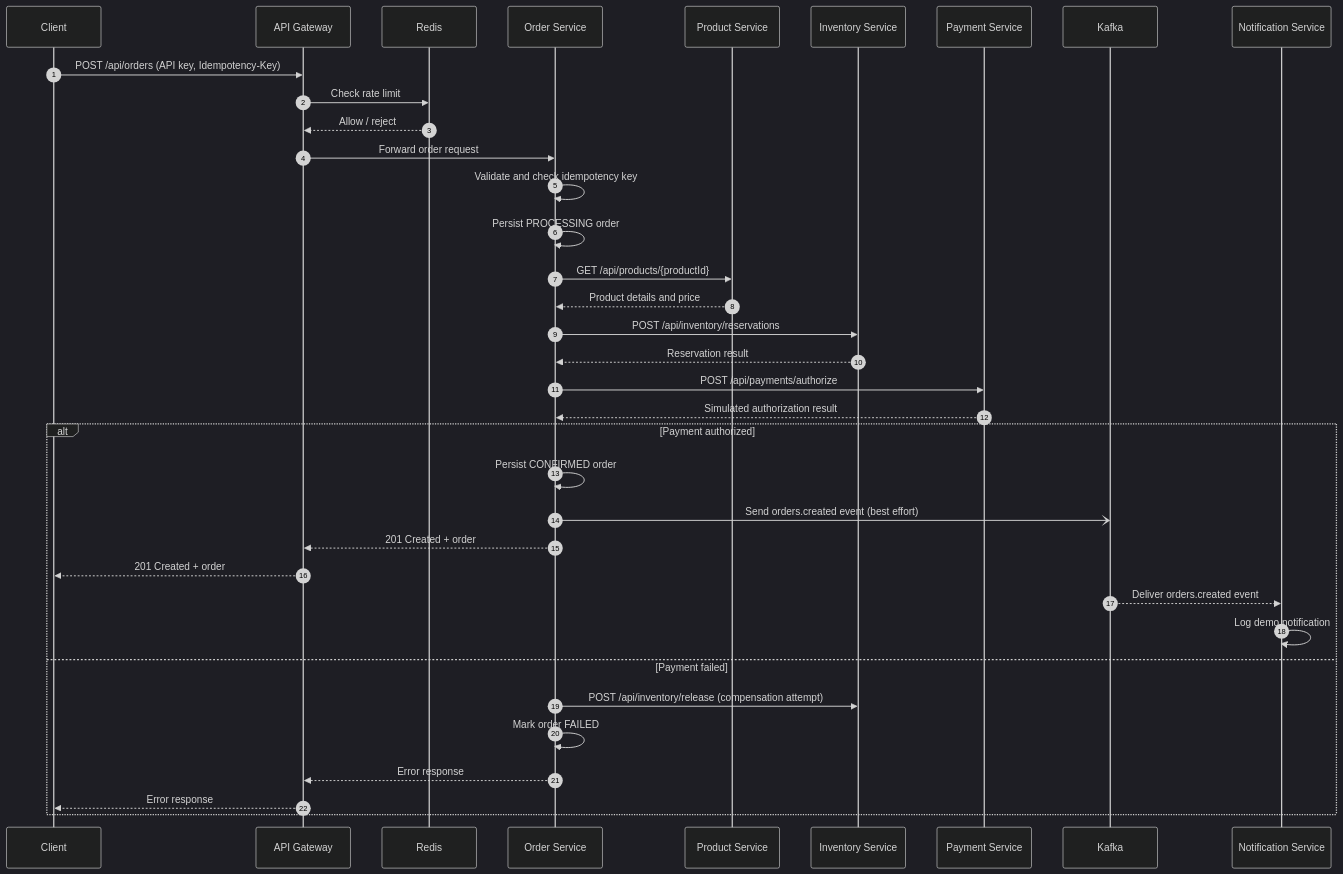
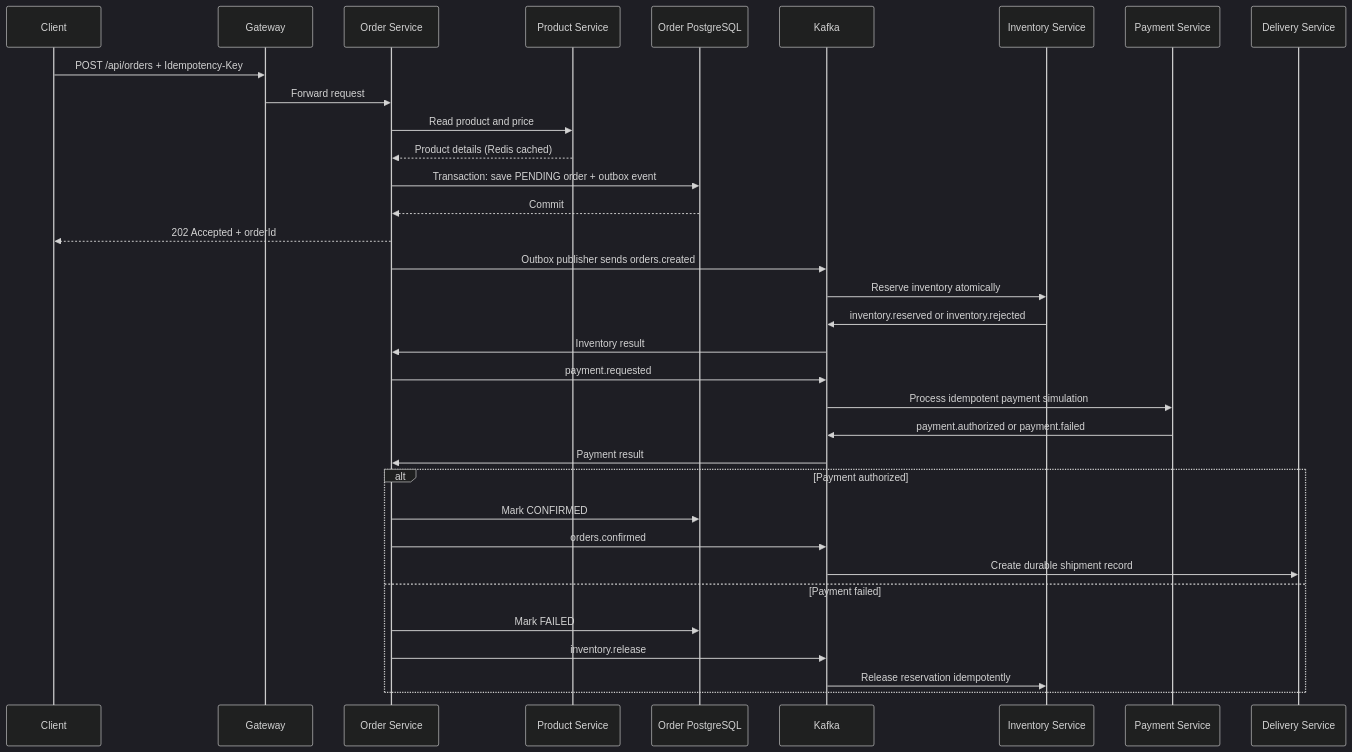
Before and after one commit to prashant181996/fertilizer-platform: the second of 2 diagrams in README.md, drawn with Mermaid (dark theme). The commit also changed other lines of this file and 68 other files, not shown here.

Commit message:
added asynchronus flow

````diff
--- a/README.md
+++ b/README.md
@@ -94,39 +39,36 @@
 ```mermaid
 sequenceDiagram
-    autonumber
     participant C as Client
-    participant G as API Gateway
-    participant R as Redis
+    participant G as Gateway
     participant O as Order Service
     participant P as Product Service
+    participant DB as Order PostgreSQL
+    participant K as Kafka
     participant I as Inventory Service
     participant Pay as Payment Service
-    participant K as Kafka
-    participant N as Notification Service
-
-    C->>G: POST /api/orders (API key, Idempotency-Key)
-    G->>R: Check rate limit
-    R-->>G: Allow / reject
-    G->>O: Forward order request
-    O->>O: Validate and check idempotency key
-    O->>O: Persist PROCESSING order
-    O->>P: GET /api/products/{productId}
-    P-->>O: Product details and price
-    O->>I: POST /api/inventory/reservations
-    I-->>O: Reservation result
-    O->>Pay: POST /api/payments/authorize
-    Pay-->>O: Simulated authorization result
+    participant D as Delivery Service
+    C->>G: POST /api/orders + Idempotency-Key
+    G->>O: Forward request
+    O->>P: Read product and price
+    P-->>O: Product details (Redis cached)
+    O->>DB: Transaction: save PENDING order + outbox event
+    DB-->>O: Commit
+    O-->>C: 202 Accepted + orderId
+    O->>K: Outbox publisher sends orders.created
+    K->>I: Reserve inventory atomically
+    I->>K: inventory.reserved or inventory.rejected
+    K->>O: Inventory result
+    O->>K: payment.requested
+    K->>Pay: Process idempotent payment simulation
+    Pay->>K: payment.authorized or payment.failed
+    K->>O: Payment result
     alt Payment authorized
-        O->>O: Persist CONFIRMED order
-        O-)K: Send orders.created event (best effort)
-        O-->>G: 201 Created + order
-        G-->>C: 201 Created + order
-        K-->>N: Deliver orders.created event
-        N->>N: Log demo notification
+      O->>DB: Mark CONFIRMED
+      O->>K: orders.confirmed
+      K->>D: Create durable shipment record
     else Payment failed
-        O->>I: POST /api/inventory/release (compensation attempt)
-        O->>O: Mark order FAILED
-        O-->>G: Error response
-        G-->>C: Error response
+      O->>DB: Mark FAILED
+      O->>K: inventory.release
+      K->>I: Release reservation idempotently
     end
 ```
````
